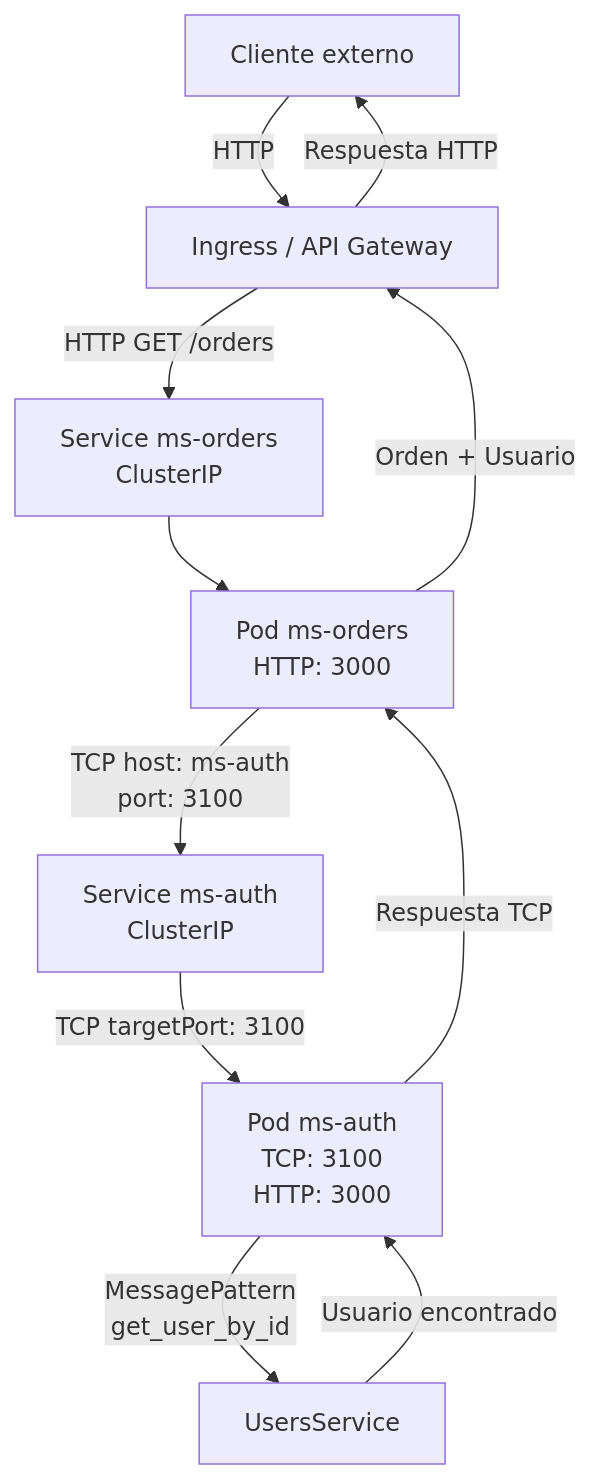
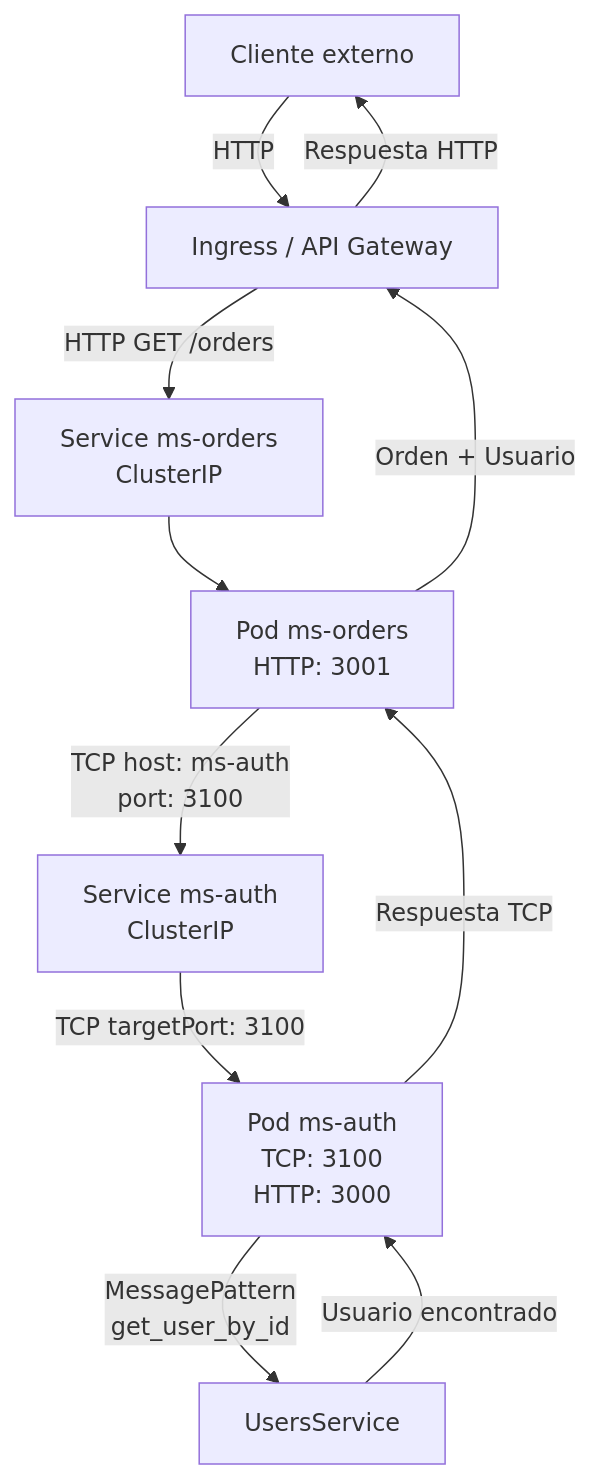
One commit to Gilgammesh/nestjs-tcp-poc changed the second of 2 diagrams in README.md. Above: the diagram before and after it, drawn with Mermaid. The commit also changed other lines of this file, not shown here.

````diff
--- a/README.md
+++ b/README.md
@@ -62,20 +62,19 @@
 ```mermaid
 flowchart TD
-    A[Cliente externo]
-    -->|HTTP| B[Ingress / API Gateway]
+    A[Cliente externo] -->|HTTP| B[Ingress / API Gateway]
 
     B -->|HTTP GET /orders| C[Service ms-orders<br/>ClusterIP]
 
-    C --> D[Pod ms-orders<br/>HTTP: 3000]
+    C --> D[Pod ms-orders<br/>HTTP: 3001]
 
     D -->|TCP host: ms-auth<br/>port: 3100| E[Service ms-auth<br/>ClusterIP]
 
     E -->|TCP targetPort: 3100| F[Pod ms-auth<br/>TCP: 3100<br/>HTTP: 3000]
 
     F -->|MessagePattern<br/>get_user_by_id| G[UsersService]
 
     G -->|Usuario encontrado| F
     F -->|Respuesta TCP| D
     D -->|Orden + Usuario| B
     B -->|Respuesta HTTP| A
 ```
````
